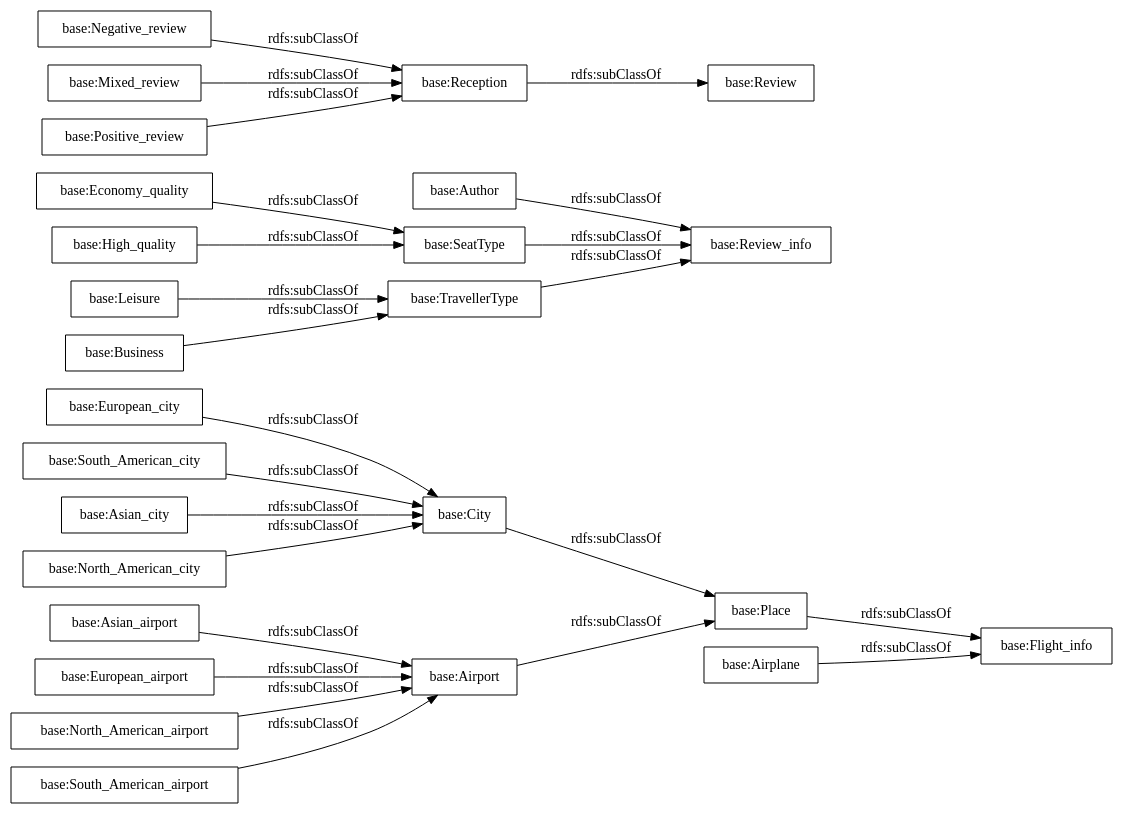
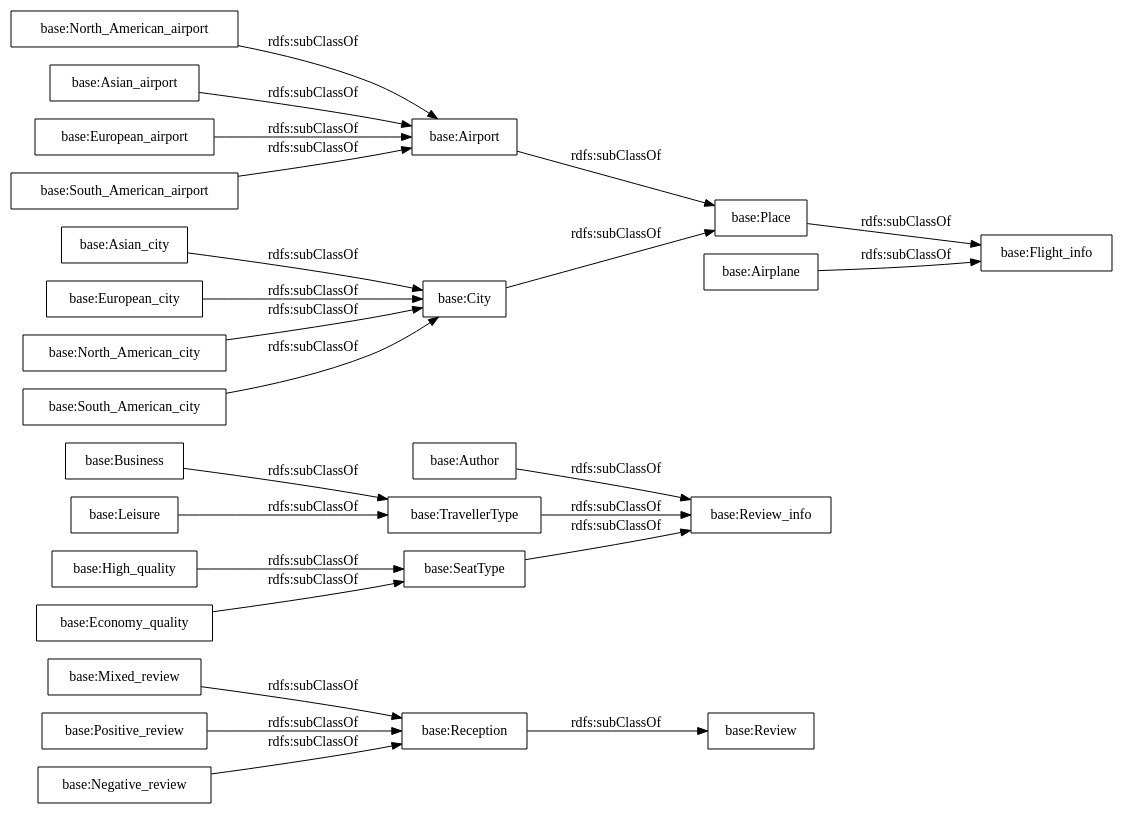
Before and after one commit to MigueldSPallares/FlightReviews: the diagram in OnToology/ontology.ttl/diagrams/ar2dtool-taxonomy/ontology.ttl.png.dot, drawn with Graphviz. The commit also changed 11 other files, not shown here.

```diff
--- a/OnToology/ontology.ttl/diagrams/ar2dtool-taxonomy/ontology.ttl.png.dot
+++ b/OnToology/ontology.ttl/diagrams/ar2dtool-taxonomy/ontology.ttl.png.dot
@@ -1,29 +1,29 @@
 digraph ar2dtool_diagram { 
 rankdir=LR;
 size="1000"
-node [shape = rectangle, color="black"]; "base:Asian_airport" "base:TravellerType" "base:Place" "base:Negative_review" "base:Author" "base:Economy_quality" "base:Review_info" "base:North_American_airport" "base:SeatType" "base:European_city" "base:South_American_city" "base:South_American_airport" "base:Mixed_review" "base:Leisure" "base:Asian_city" "base:Review" "base:Business" "base:High_quality" "base:Airport" "base:Positive_review" "base:European_airport" "base:Reception" "base:Airplane" "base:North_American_city" "base:Flight_info" "base:City" ; /*classes style*/
-	"base:Author" -> "base:Review_info" [ label = "rdfs:subClassOf" ];
+node [shape = rectangle, color="black"]; "base:Review" "base:Review_info" "base:Asian_city" "base:Airport" "base:High_quality" "base:Reception" "base:Author" "base:North_American_city" "base:Mixed_review" "base:TravellerType" "base:North_American_airport" "base:Business" "base:Leisure" "base:Economy_quality" "base:South_American_city" "base:Flight_info" "base:Positive_review" "base:SeatType" "base:Asian_airport" "base:Place" "base:European_city" "base:City" "base:Airplane" "base:European_airport" "base:South_American_airport" "base:Negative_review" ; /*classes style*/
+	"base:Mixed_review" -> "base:Reception" [ label = "rdfs:subClassOf" ];
 	"base:TravellerType" -> "base:Review_info" [ label = "rdfs:subClassOf" ];
 	"base:City" -> "base:Place" [ label = "rdfs:subClassOf" ];
+	"base:Author" -> "base:Review_info" [ label = "rdfs:subClassOf" ];
+	"base:Economy_quality" -> "base:SeatType" [ label = "rdfs:subClassOf" ];
+	"base:South_American_airport" -> "base:Airport" [ label = "rdfs:subClassOf" ];
+	"base:European_city" -> "base:City" [ label = "rdfs:subClassOf" ];
+	"base:Negative_review" -> "base:Reception" [ label = "rdfs:subClassOf" ];
+	"base:Reception" -> "base:Review" [ label = "rdfs:subClassOf" ];
 	"base:European_airport" -> "base:Airport" [ label = "rdfs:subClassOf" ];
-	"base:Business" -> "base:TravellerType" [ label = "rdfs:subClassOf" ];
-	"base:Positive_review" -> "base:Reception" [ label = "rdfs:subClassOf" ];
-	"base:European_city" -> "base:City" [ label = "rdfs:subClassOf" ];
-	"base:Reception" -> "base:Review" [ label = "rdfs:subClassOf" ];
-	"base:Economy_quality" -> "base:SeatType" [ label = "rdfs:subClassOf" ];
-	"base:High_quality" -> "base:SeatType" [ label = "rdfs:subClassOf" ];
+	"base:Place" -> "base:Flight_info" [ label = "rdfs:subClassOf" ];
+	"base:North_American_airport" -> "base:Airport" [ label = "rdfs:subClassOf" ];
 	"base:Airplane" -> "base:Flight_info" [ label = "rdfs:subClassOf" ];
 	"base:SeatType" -> "base:Review_info" [ label = "rdfs:subClassOf" ];
+	"base:Asian_airport" -> "base:Airport" [ label = "rdfs:subClassOf" ];
+	"base:High_quality" -> "base:SeatType" [ label = "rdfs:subClassOf" ];
+	"base:North_American_city" -> "base:City" [ label = "rdfs:subClassOf" ];
+	"base:Airport" -> "base:Place" [ label = "rdfs:subClassOf" ];
+	"base:South_American_city" -> "base:City" [ label = "rdfs:subClassOf" ];
+	"base:Business" -> "base:TravellerType" [ label = "rdfs:subClassOf" ];
+	"base:Asian_city" -> "base:City" [ label = "rdfs:subClassOf" ];
+	"base:Positive_review" -> "base:Reception" [ label = "rdfs:subClassOf" ];
 	"base:Leisure" -> "base:TravellerType" [ label = "rdfs:subClassOf" ];
-	"base:Asian_airport" -> "base:Airport" [ label = "rdfs:subClassOf" ];
-	"base:North_American_city" -> "base:City" [ label = "rdfs:subClassOf" ];
-	"base:Asian_city" -> "base:City" [ label = "rdfs:subClassOf" ];
-	"base:South_American_city" -> "base:City" [ label = "rdfs:subClassOf" ];
-	"base:Airport" -> "base:Place" [ label = "rdfs:subClassOf" ];
-	"base:South_American_airport" -> "base:Airport" [ label = "rdfs:subClassOf" ];
-	"base:Place" -> "base:Flight_info" [ label = "rdfs:subClassOf" ];
-	"base:Mixed_review" -> "base:Reception" [ label = "rdfs:subClassOf" ];
-	"base:Negative_review" -> "base:Reception" [ label = "rdfs:subClassOf" ];
-	"base:North_American_airport" -> "base:Airport" [ label = "rdfs:subClassOf" ];
 
 }
```
